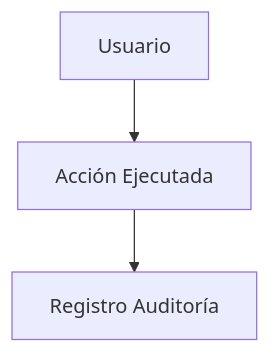
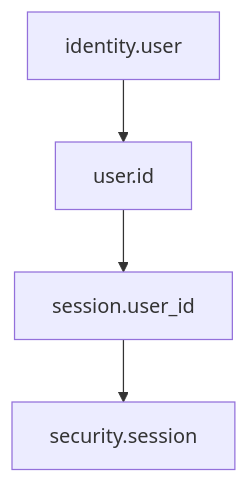
One commit to chirijose79-ui/Chiri changed the fourth of 5 diagrams in docs/210_BaseDatos_Implementacion.md. Above: the diagram before and after it, drawn with Mermaid. The commit also changed other lines of this file, not shown here.

Commit message:
docs(database): add database implementation architecture

````diff
--- a/docs/210_BaseDatos_Implementacion.md
+++ b/docs/210_BaseDatos_Implementacion.md
@@ -166,9 +343,13 @@
-```mermaid id="s4x8mq"
+```mermaid
 flowchart TD
-    Usuario --> Accion
-    Accion --> Auditoria
 
-    Usuario["Usuario"]
-    Accion["Acción Ejecutada"]
-    Auditoria["Registro Auditoría"]
+    User["identity.user"]
+    Session["security.session"]
+
+    UserID["user.id"]
+    SessionUserID["session.user_id"]
+
+    User --> UserID
+    UserID --> SessionUserID
+    SessionUserID --> Session
 ```
````
